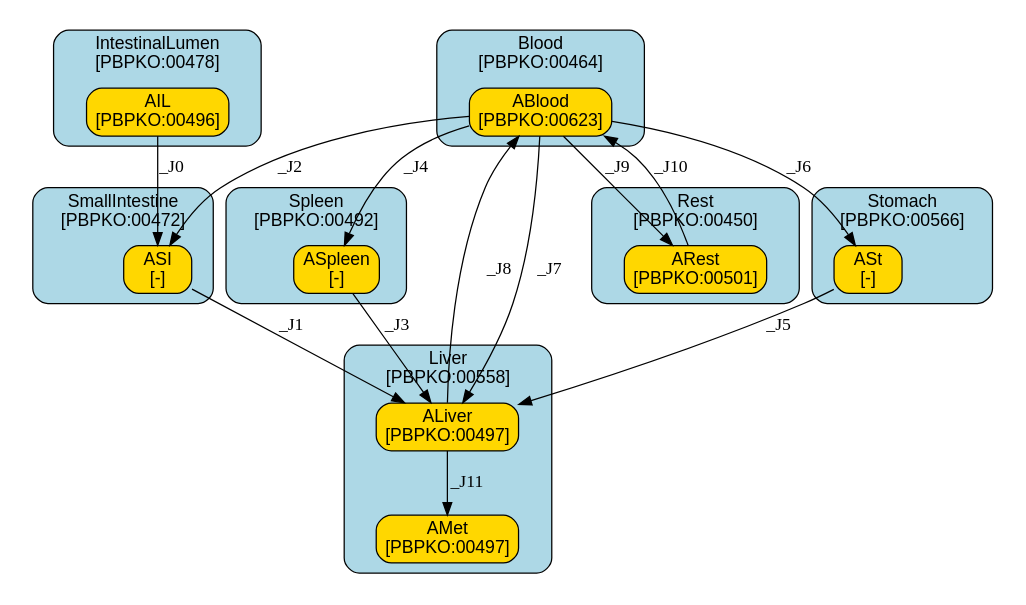
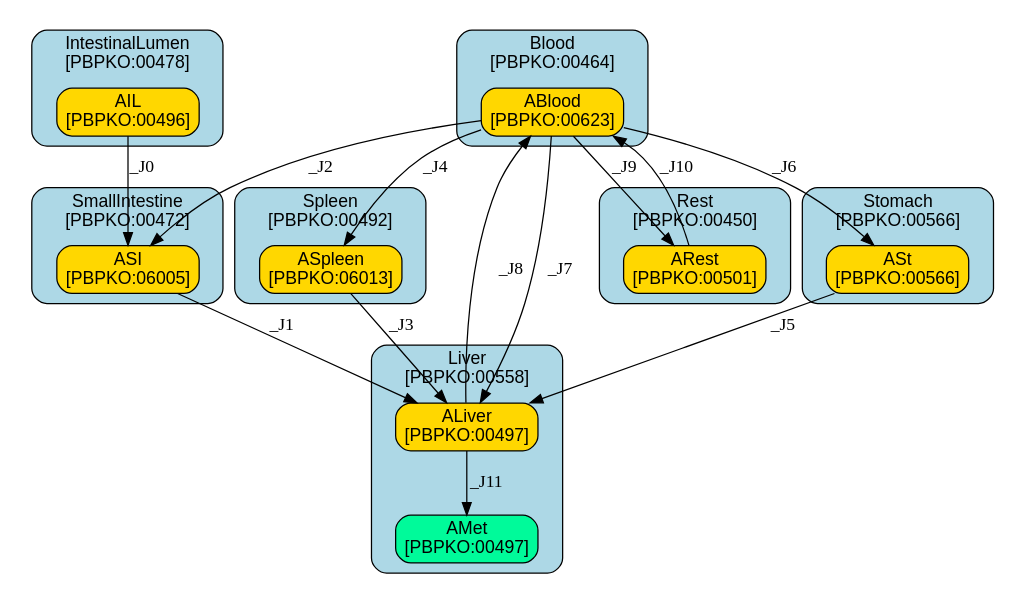
The diagram in models/oral/Bisphenols/Shin/summary.dot (fair-pbk/exposure-route-pbk-models), drawn with Graphviz before and after one commit. The commit also changed 151 other files, not shown here.

```diff
--- a/models/oral/Bisphenols/Shin/summary.dot
+++ b/models/oral/Bisphenols/Shin/summary.dot
@@ -1,153 +1,153 @@
 digraph {
 	graph [ratio=fill,
 		size="7,4"
 	];
 	node [fontname=Arial];
 	subgraph cluster_Stomach {
 		graph [color=black,
 			fillcolor=lightblue,
 			fontname=Arial,
 			href="#compartment-Stomach",
 			label="Stomach
 [PBPKO:00566]",
 			shape=box,
 			style="filled,rounded"
 		];
 		ASt	[color=black,
 			fillcolor=gold,
 			href="#species-ASt",
 			label="ASt
-[-]",
+[PBPKO:00566]",
 			shape=box,
 			style="filled,rounded"];
 	}
 	subgraph cluster_IntestinalLumen {
 		graph [color=black,
 			fillcolor=lightblue,
 			fontname=Arial,
 			href="#compartment-IntestinalLumen",
 			label="IntestinalLumen
 [PBPKO:00478]",
 			shape=box,
 			style="filled,rounded"
 		];
 		AIL	[color=black,
 			fillcolor=gold,
 			href="#species-AIL",
 			label="AIL
 [PBPKO:00496]",
 			shape=box,
 			style="filled,rounded"];
 	}
 	subgraph cluster_Spleen {
 		graph [color=black,
 			fillcolor=lightblue,
 			fontname=Arial,
 			href="#compartment-Spleen",
 			label="Spleen
 [PBPKO:00492]",
 			shape=box,
 			style="filled,rounded"
 		];
 		ASpleen	[color=black,
 			fillcolor=gold,
 			href="#species-ASpleen",
 			label="ASpleen
-[-]",
+[PBPKO:06013]",
 			shape=box,
 			style="filled,rounded"];
 	}
 	subgraph cluster_SmallIntestine {
 		graph [color=black,
 			fillcolor=lightblue,
 			fontname=Arial,
 			href="#compartment-SmallIntestine",
 			label="SmallIntestine
 [PBPKO:00472]",
 			shape=box,
 			style="filled,rounded"
 		];
 		ASI	[color=black,
 			fillcolor=gold,
 			href="#species-ASI",
 			label="ASI
-[-]",
+[PBPKO:06005]",
 			shape=box,
 			style="filled,rounded"];
 	}
 	subgraph cluster_Liver {
 		graph [color=black,
 			fillcolor=lightblue,
 			fontname=Arial,
 			href="#compartment-Liver",
 			label="Liver
 [PBPKO:00558]",
 			shape=box,
 			style="filled,rounded"
 		];
 		ALiver	[color=black,
 			fillcolor=gold,
 			href="#species-ALiver",
 			label="ALiver
 [PBPKO:00497]",
 			shape=box,
 			style="filled,rounded"];
 		AMet	[color=black,
-			fillcolor=gold,
+			fillcolor=mediumspringgreen,
 			href="#species-AMet",
 			label="AMet
 [PBPKO:00497]",
 			shape=box,
 			style="filled,rounded"];
 	}
 	subgraph cluster_Blood {
 		graph [color=black,
 			fillcolor=lightblue,
 			fontname=Arial,
 			href="#compartment-Blood",
 			label="Blood
 [PBPKO:00464]",
 			shape=box,
 			style="filled,rounded"
 		];
 		ABlood	[color=black,
 			fillcolor=gold,
 			href="#species-ABlood",
 			label="ABlood
 [PBPKO:00623]",
 			shape=box,
 			style="filled,rounded"];
 	}
 	subgraph cluster_Rest {
 		graph [color=black,
 			fillcolor=lightblue,
 			fontname=Arial,
 			href="#compartment-Rest",
 			label="Rest
 [PBPKO:00450]",
 			shape=box,
 			style="filled,rounded"
 		];
 		ARest	[color=black,
 			fillcolor=gold,
 			href="#species-ARest",
 			label="ARest
 [PBPKO:00501]",
 			shape=box,
 			style="filled,rounded"];
 	}
 	ASt -> ALiver	[label=_J5];
 	AIL -> ASI	[label=_J0,
 		minlen=1];
 	ASpleen -> ALiver	[label=_J3];
 	ASI -> ALiver	[label=_J1];
 	ALiver -> AMet	[label=_J11,
 		minlen=1];
 	ALiver -> ABlood	[label=_J8];
 	ABlood -> ASt	[label=_J6];
 	ABlood -> ASpleen	[label=_J4];
 	ABlood -> ASI	[label=_J2];
 	ABlood -> ALiver	[label=_J7];
 	ABlood -> ARest	[label=_J9];
 	ARest -> ABlood	[label=_J10];
 }
```
